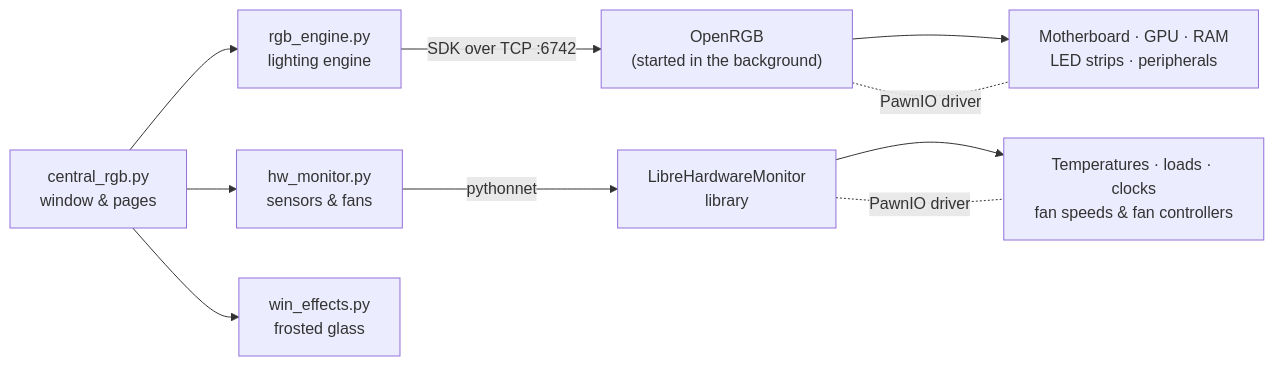
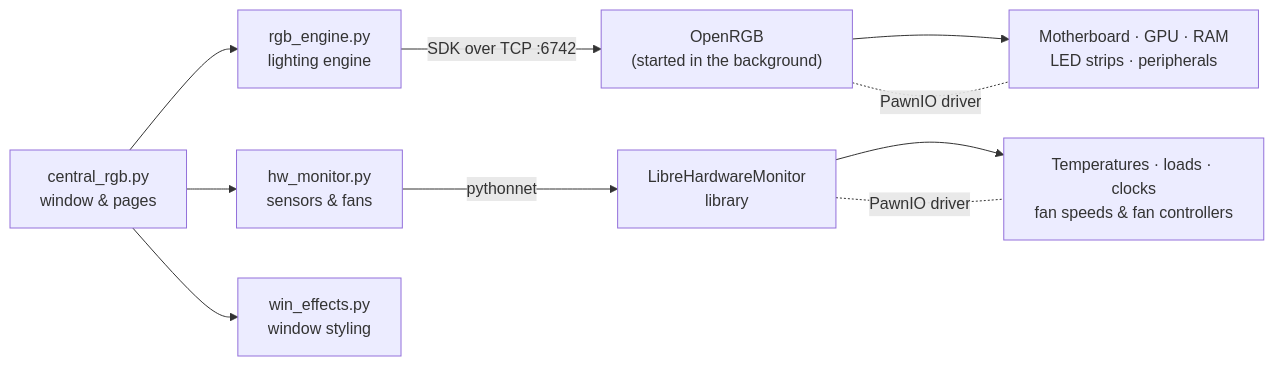
One commit to steven-t0764/CentralRGB changed the diagram in README.md. Above: the diagram before and after it, drawn with Mermaid. The commit also changed other lines of this file and 11 other files, not shown here.

````diff
--- a/README.md
+++ b/README.md
@@ -99,12 +99,12 @@
 ```mermaid
 flowchart LR
     UI["central_rgb.py<br/>window & pages"] --> RGB["rgb_engine.py<br/>lighting engine"]
     UI --> HW["hw_monitor.py<br/>sensors & fans"]
-    UI --> FX["win_effects.py<br/>frosted glass"]
+    UI --> FX["win_effects.py<br/>window styling"]
     RGB -- "SDK over TCP :6742" --> ORGB["OpenRGB<br/>(started in the background)"]
     ORGB --> DEV["Motherboard · GPU · RAM<br/>LED strips · peripherals"]
     HW -- "pythonnet" --> LHM["LibreHardwareMonitor<br/>library"]
     LHM --> SENS["Temperatures · loads · clocks<br/>fan speeds & fan controllers"]
     ORGB -. "PawnIO driver" .- DEV
     LHM -. "PawnIO driver" .- SENS
 ```
````
